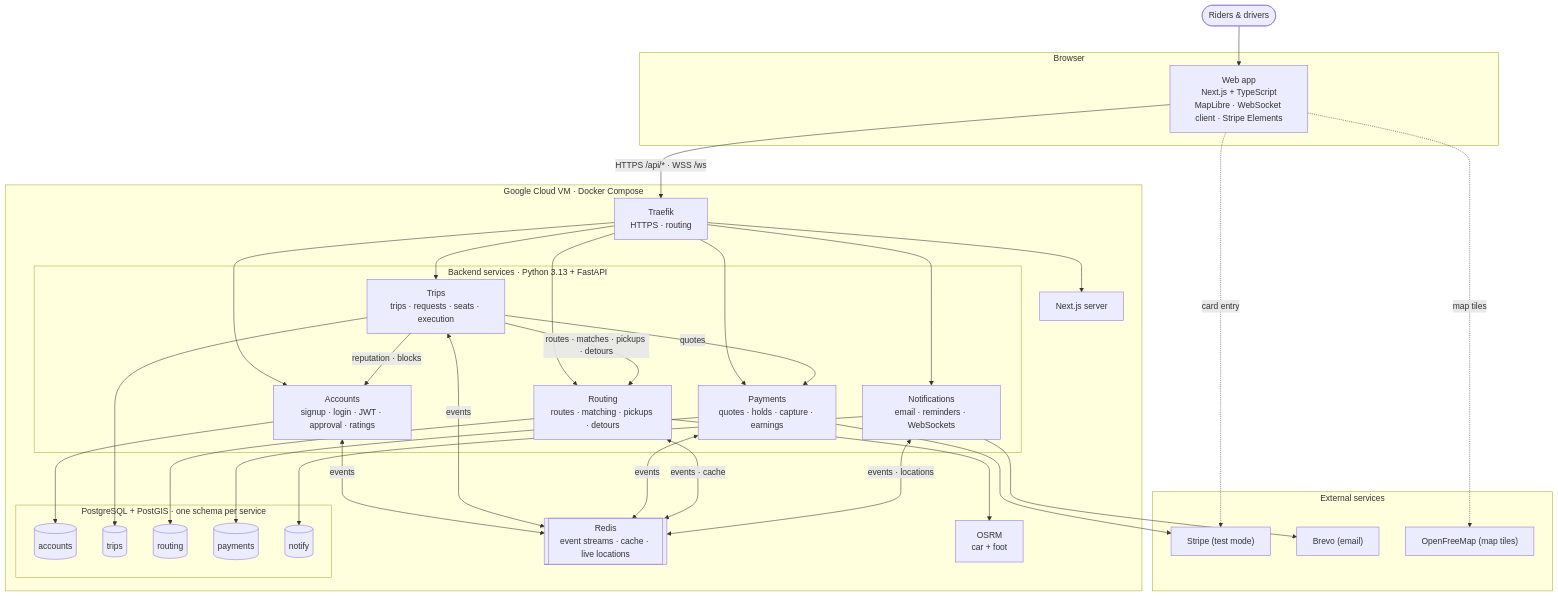
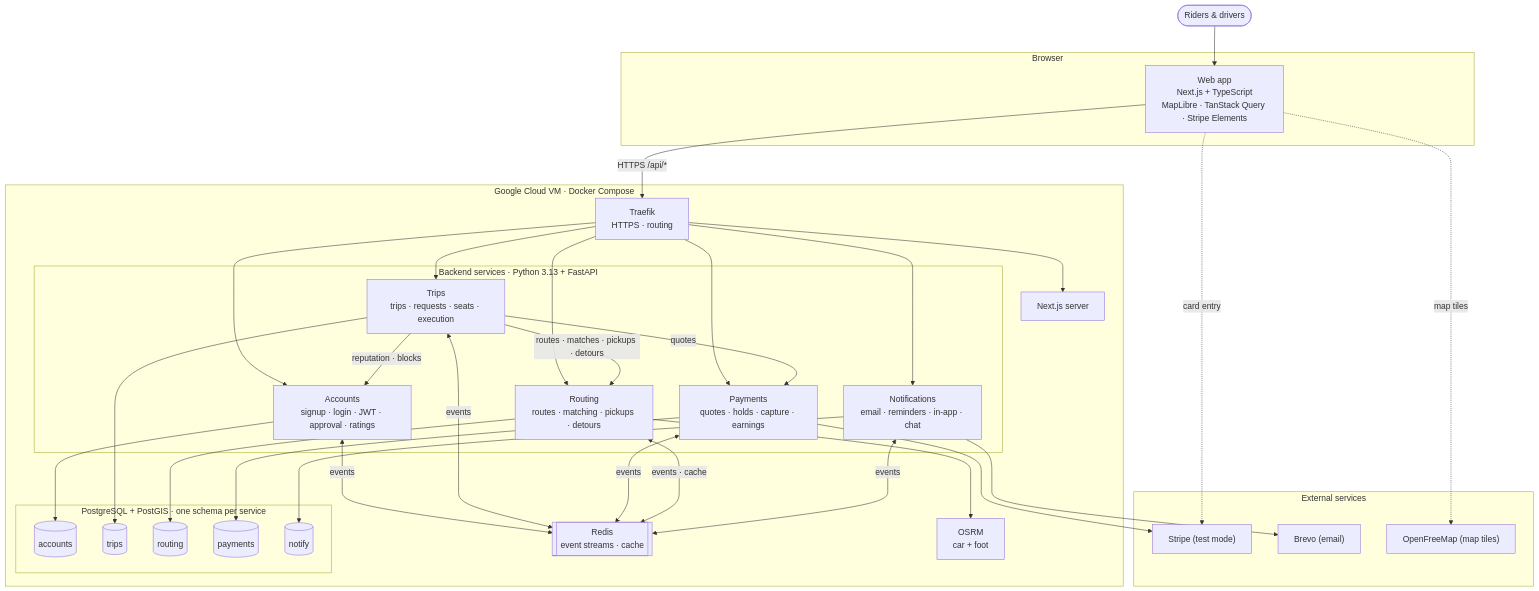
Before and after one commit to Andrew-Ih/COMP-4350-Group5-GetDrove: the first of 2 diagrams in docs/architecture/architecture.md, drawn with Mermaid. The commit also changed other lines of this file and 9 other files, not shown here.

````diff
--- a/docs/architecture/architecture.md
+++ b/docs/architecture/architecture.md
@@ -9,64 +9,64 @@
 ```mermaid
 flowchart TB
     users(["Riders & drivers"]) --> web
 
     subgraph client["Browser"]
-        web["Web app<br/>Next.js + TypeScript<br/>MapLibre · WebSocket client · Stripe Elements"]
+        web["Web app<br/>Next.js + TypeScript<br/>MapLibre · TanStack Query · Stripe Elements"]
     end
 
     subgraph vm["Google Cloud VM · Docker Compose"]
         traefik["Traefik<br/>HTTPS · routing"]
         next["Next.js server"]
 
         subgraph services["Backend services · Python 3.13 + FastAPI"]
             accounts["Accounts<br/>signup · login · JWT · approval · ratings"]
             trips["Trips<br/>trips · requests · seats · execution"]
             routing["Routing<br/>routes · matching · pickups · detours"]
             payments["Payments<br/>quotes · holds · capture · earnings"]
-            notify["Notifications<br/>email · reminders · WebSockets"]
+            notify["Notifications<br/>email · reminders · in-app · chat"]
         end
 
         subgraph data["PostgreSQL + PostGIS · one schema per service"]
             accountsDb[("accounts")]
             tripsDb[("trips")]
             routingDb[("routing")]
             payDb[("payments")]
             notifyDb[("notify")]
         end
 
-        redis[["Redis<br/>event streams · cache · live locations"]]
+        redis[["Redis<br/>event streams · cache"]]
         osrm["OSRM<br/>car + foot"]
     end
 
     subgraph external["External services"]
         stripe["Stripe (test mode)"]
         brevo["Brevo (email)"]
         tiles["OpenFreeMap (map tiles)"]
     end
 
-    web -->|"HTTPS /api/* · WSS /ws"| traefik
+    web -->|"HTTPS /api/*"| traefik
     web -.->|map tiles| tiles
     web -.->|card entry| stripe
     traefik --> next
     traefik --> accounts & trips & routing & payments & notify
 
     trips -->|reputation · blocks| accounts
     trips -->|routes · matches · pickups · detours| routing
     trips -->|quotes| payments
     routing --> osrm
 
     accounts <-->|events| redis
     trips <-->|events| redis
     payments <-->|events| redis
     routing <-->|events · cache| redis
-    notify <-->|events · locations| redis
+    notify <-->|events| redis
 
     accounts --> accountsDb
     trips --> tripsDb
     routing --> routingDb
     payments --> payDb
     notify --> notifyDb
 
     payments --> stripe
     notify --> brevo
 ```
````
